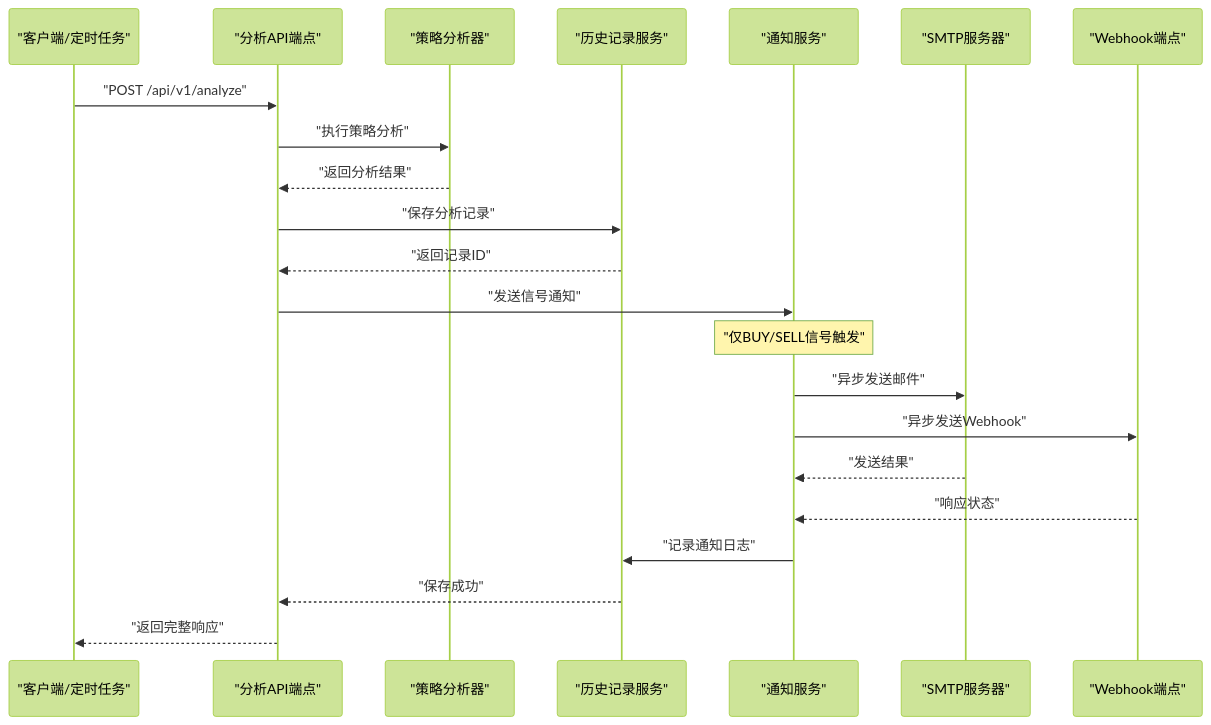
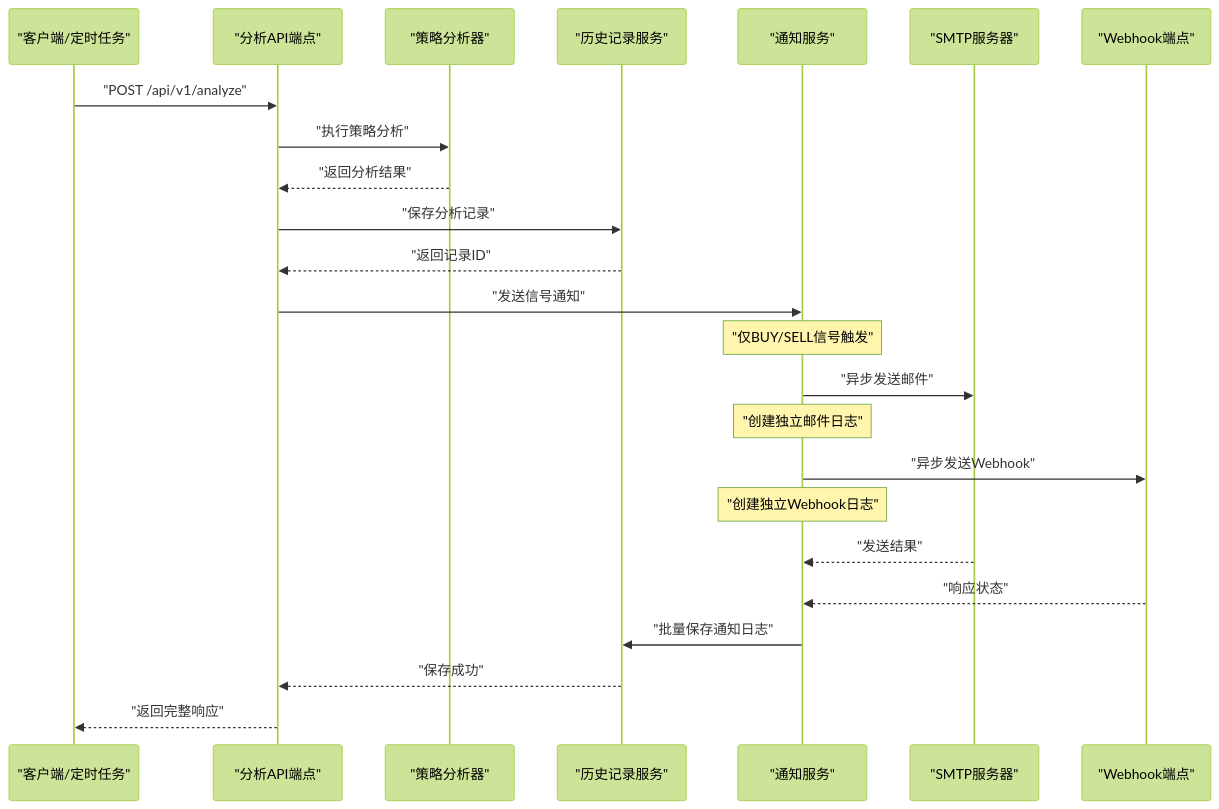
One commit to raymodny-ai/The-Modern-Turtle-Protocol changed the second of 4 diagrams in .qoder/repowiki/zh/content/核心功能模块/通知模块.md. Above: the diagram before and after it, drawn with Mermaid (forest theme). The commit also changed other lines of this file and 15 other files, not shown here.

````diff
--- a/.qoder/repowiki/zh/content/核心功能模块/通知模块.md
+++ b/.qoder/repowiki/zh/content/核心功能模块/通知模块.md
@@ -118,24 +121,26 @@
 ```mermaid
 sequenceDiagram
 participant Client as "客户端/定时任务"
 participant API as "分析API端点"
 participant Strategy as "策略分析器"
 participant History as "历史记录服务"
 participant Notifier as "通知服务"
 participant SMTP as "SMTP服务器"
 participant Webhook as "Webhook端点"
 Client->>API : "POST /api/v1/analyze"
 API->>Strategy : "执行策略分析"
 Strategy-->>API : "返回分析结果"
 API->>History : "保存分析记录"
 History-->>API : "返回记录ID"
 API->>Notifier : "发送信号通知"
 Note over Notifier : "仅BUY/SELL信号触发"
 Notifier->>SMTP : "异步发送邮件"
+Note over Notifier : "创建独立邮件日志"
 Notifier->>Webhook : "异步发送Webhook"
+Note over Notifier : "创建独立Webhook日志"
 SMTP-->>Notifier : "发送结果"
 Webhook-->>Notifier : "响应状态"
-Notifier->>History : "记录通知日志"
+Notifier->>History : "批量保存通知日志"
 History-->>API : "保存成功"
 API-->>Client : "返回完整响应"
 ```
````
